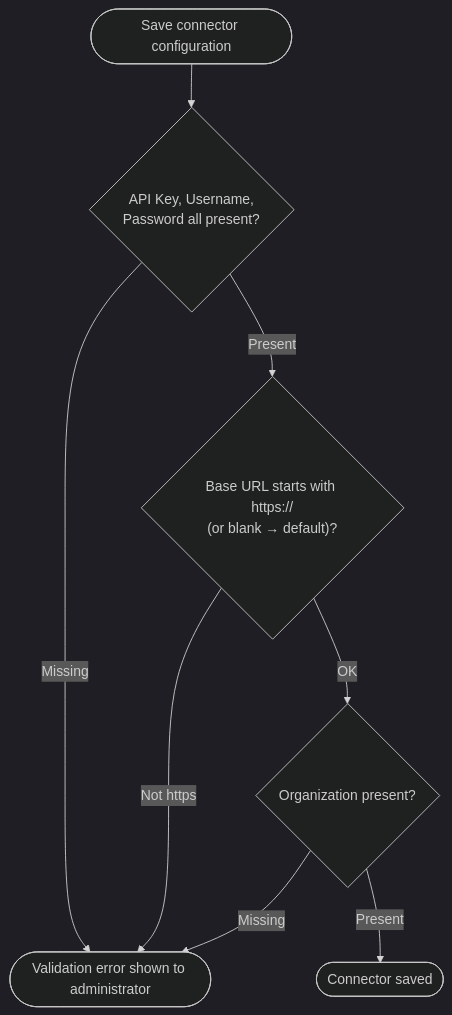
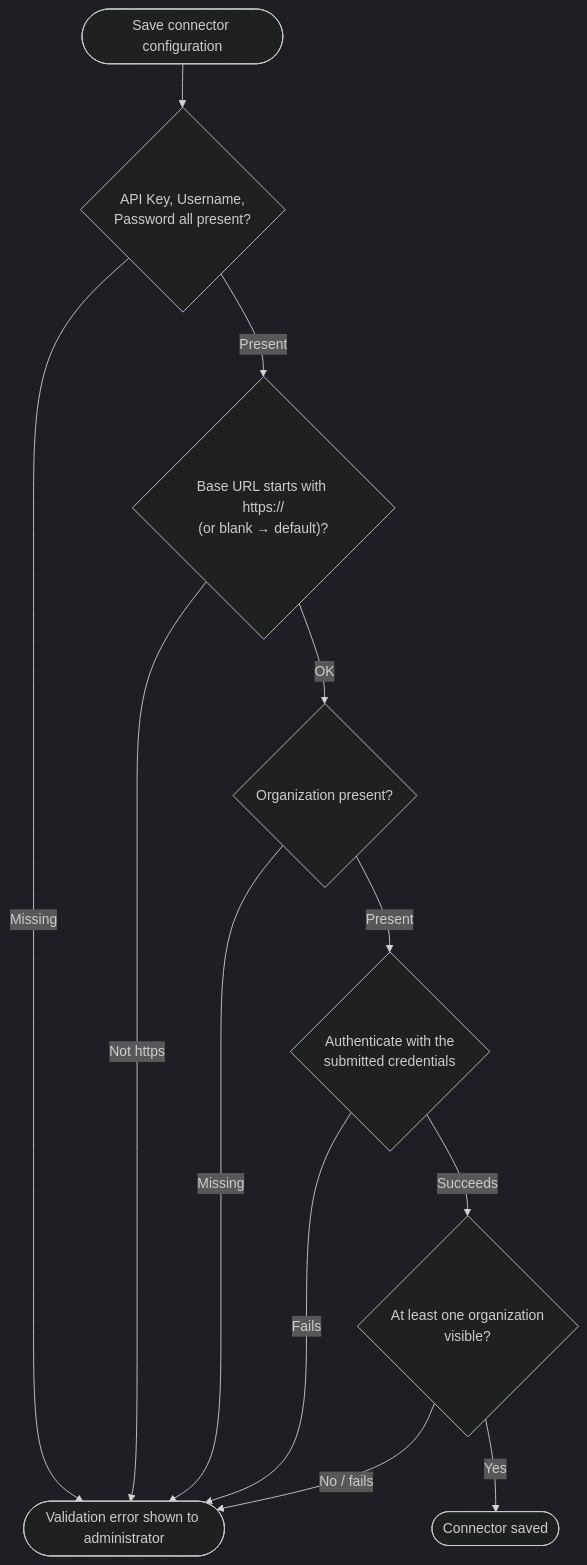
Before and after one commit to Keyfactor/markmonitor-caplugin: the fourth of 4 diagrams in docsource/configuration.md, drawn with Mermaid (dark theme). The commit also changed other lines of this file and 5 other files, not shown here.

````diff
--- a/docsource/configuration.md
+++ b/docsource/configuration.md
@@ -309,10 +309,14 @@
 ```mermaid
 flowchart TD
     A([Save connector configuration]) --> B{"API Key, Username,<br/>Password all present?"}
     B -- Missing --> E([Validation error shown to administrator])
     B -- Present --> C{"Base URL starts with https://<br/>(or blank → default)?"}
     C -- Not https --> E
     C -- OK --> D{"Organization present?"}
     D -- Missing --> E
-    D -- Present --> F([Connector saved])
+    D -- Present --> G{"Authenticate with the<br/>submitted credentials"}
+    G -- Fails --> E
+    G -- Succeeds --> H{"At least one organization<br/>visible?"}
+    H -- No / fails --> E
+    H -- Yes --> F([Connector saved])
 ```
````
